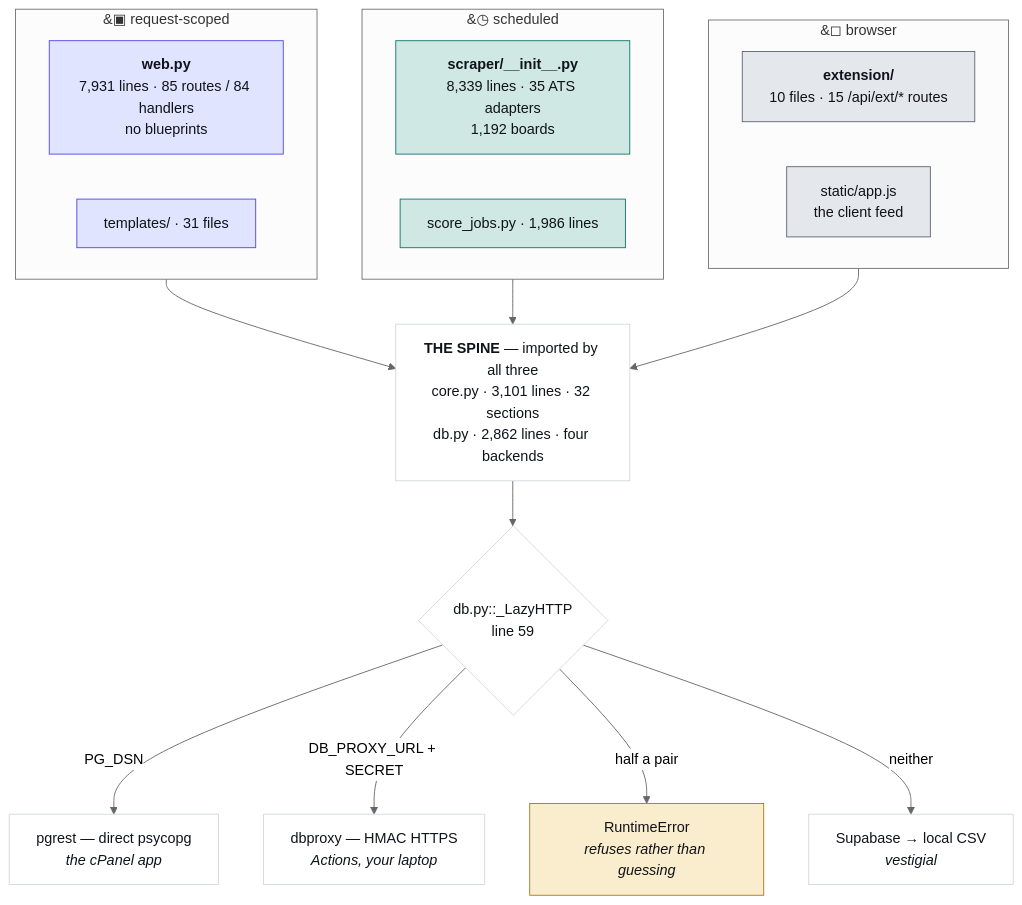
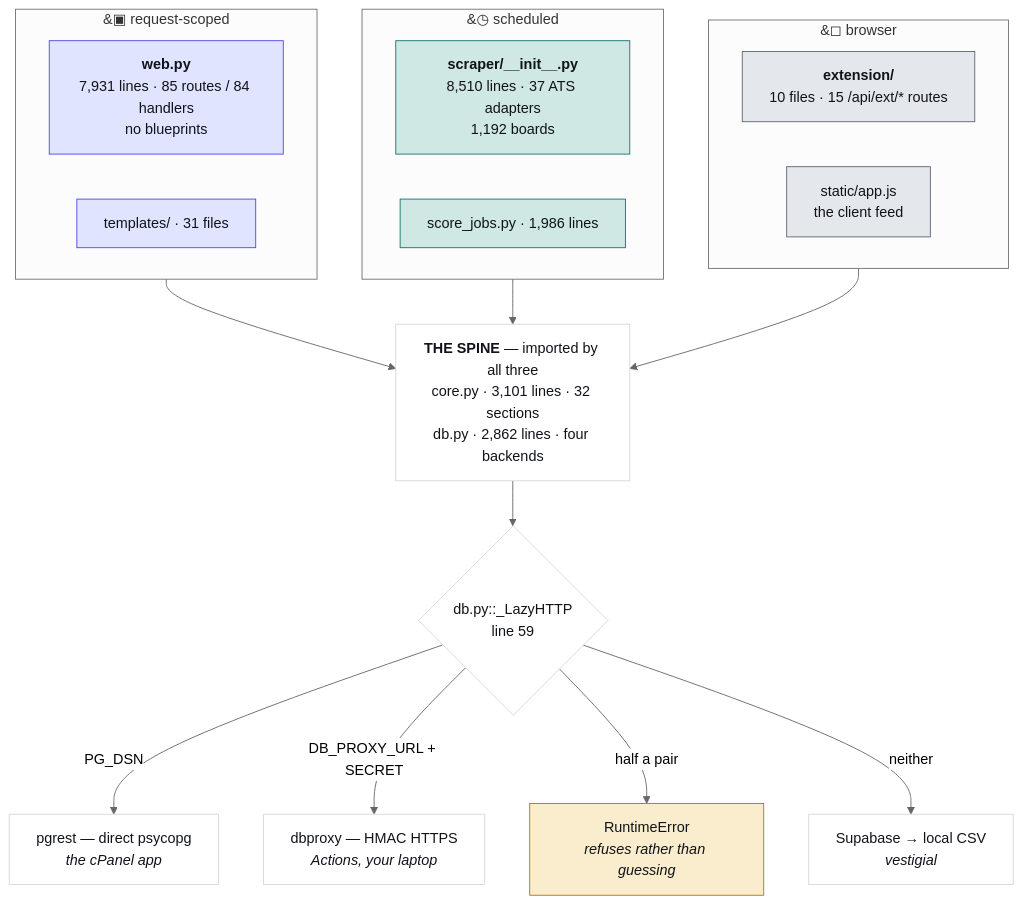
The first of 4 diagrams in JobMatch Scraper/docs/ARCHITECTURE.md (hadakunal909-debug/job-search-tool), drawn with Mermaid (neutral theme) before and after one commit. The commit also changed other lines of this file and 6 other files, not shown here.

````diff
--- a/JobMatch Scraper/docs/ARCHITECTURE.md
+++ b/JobMatch Scraper/docs/ARCHITECTURE.md
@@ -45,34 +45,34 @@
 ```mermaid
 flowchart TB
   subgraph REQ["&#9635; request-scoped"]
     W["<b>web.py</b><br/>7,931 lines · 85 routes / 84 handlers<br/>no blueprints"]
     T["templates/ · 31 files"]
   end
   subgraph SCH["&#9719; scheduled"]
-    S["<b>scraper/__init__.py</b><br/>8,339 lines · 35 ATS adapters<br/>1,192 boards"]
+    S["<b>scraper/__init__.py</b><br/>8,510 lines · 37 ATS adapters<br/>1,192 boards"]
     J["score_jobs.py · 1,986 lines"]
   end
   subgraph CLI["&#9723; browser"]
     E["<b>extension/</b><br/>10 files · 15 /api/ext/* routes"]
     A["static/app.js<br/>the client feed"]
   end
   SPINE["<b>THE SPINE</b> — imported by all three<br/>core.py · 3,101 lines · 32 sections<br/>db.py · 2,862 lines · four backends"]
   REQ --> SPINE
   SCH --> SPINE
   CLI --> SPINE
   SPINE --> D{"db.py::_LazyHTTP<br/>line 59"}
   D -->|"PG_DSN"| P["pgrest — direct psycopg<br/><i>the cPanel app</i>"]
   D -->|"DB_PROXY_URL + SECRET"| X["dbproxy — HMAC HTTPS<br/><i>Actions, your laptop</i>"]
   D -->|"half a pair"| R["RuntimeError<br/><i>refuses rather than guessing</i>"]
   D -->|"neither"| V["Supabase → local CSV<br/><i>vestigial</i>"]
   classDef web fill:#e0e4fe,stroke:#4f46e5,color:#101319
   classDef sched fill:#cfe8e3,stroke:#0f766e,color:#101319
   classDef client fill:#e4e7ec,stroke:#5f6573,color:#101319
   classDef trap fill:#f9edcd,stroke:#a8781a,color:#101319
   classDef plain fill:#ffffff,stroke:#d3d7df,color:#101319
   class W,T web
   class S,J sched
   class E,A client
   class R trap
   class SPINE,D,P,X,V plain
 ```
````
